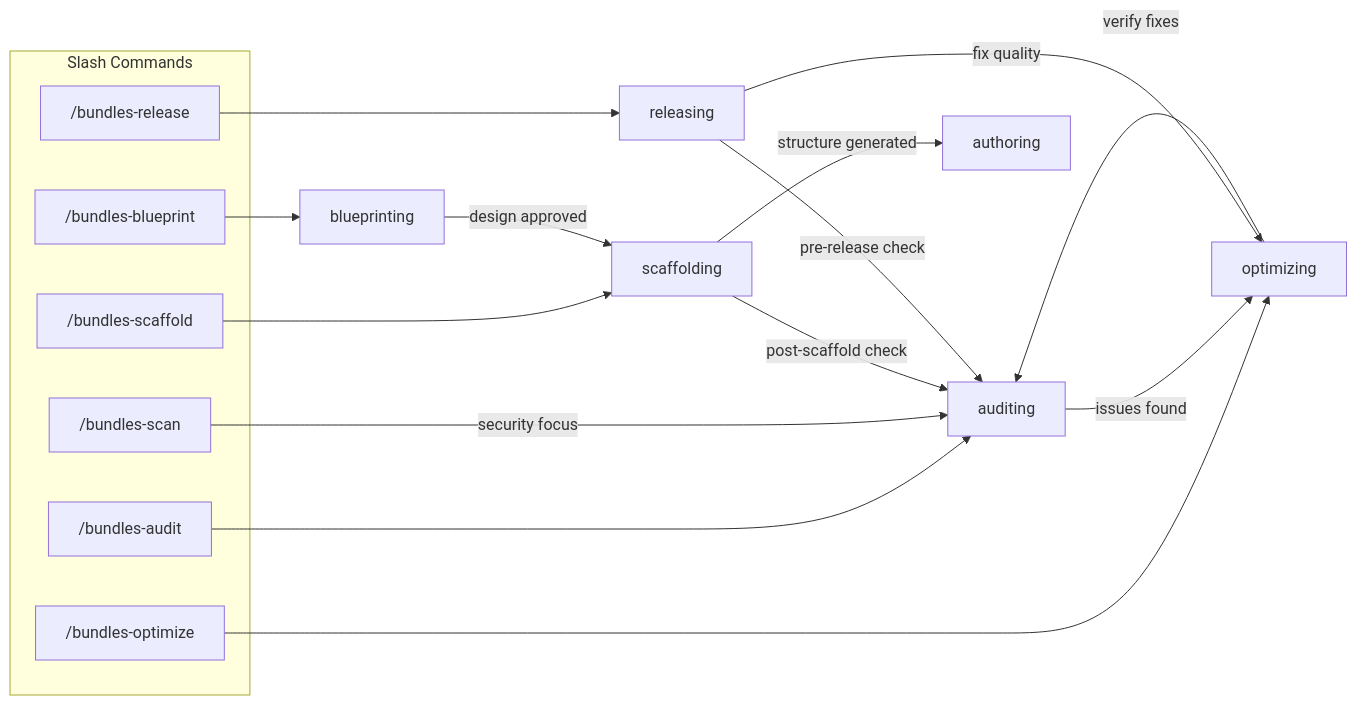
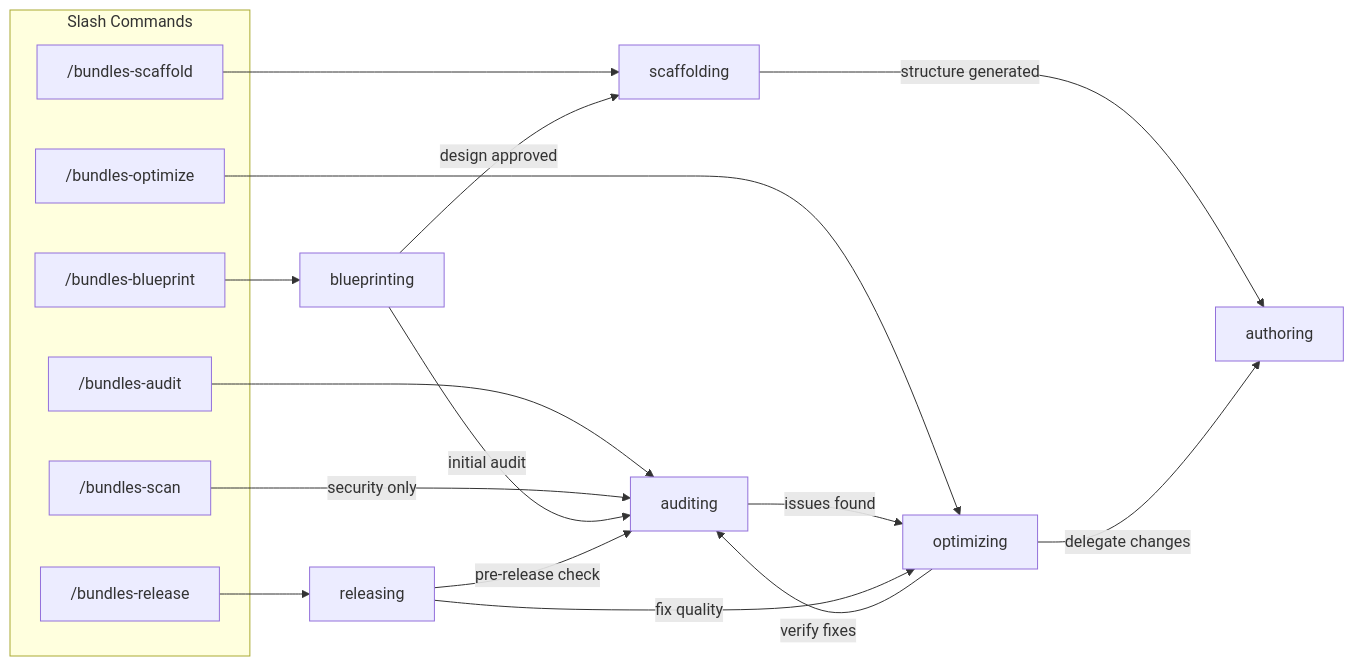
One commit to OdradekAI/skill-engineering-guide changed the third of 3 diagrams in README.md. Above: the diagram before and after it, drawn with Mermaid. The commit also changed other lines of this file and 1 other file, not shown here.

````diff
--- a/README.md
+++ b/README.md
@@ -184,26 +185,27 @@
 ```mermaid
 flowchart LR
     subgraph commands [Slash Commands]
         CMD_BP["/bundles-blueprint"]
         CMD_SF["/bundles-scaffold"]
         CMD_AU["/bundles-audit"]
         CMD_OP["/bundles-optimize"]
         CMD_RE["/bundles-release"]
         CMD_SC["/bundles-scan"]
     end
 
     CMD_BP --> blueprinting
     CMD_SF --> scaffolding
     CMD_AU --> auditing
     CMD_OP --> optimizing
     CMD_RE --> releasing
-    CMD_SC -->|"security focus"| auditing
+    CMD_SC -->|"security only"| auditing
 
     blueprinting -->|"design approved"| scaffolding
+    blueprinting -->|"initial audit"| auditing
     scaffolding -->|"structure generated"| authoring
-    scaffolding -->|"post-scaffold check"| auditing
     auditing -->|"issues found"| optimizing
+    optimizing -->|"delegate changes"| authoring
     optimizing -->|"verify fixes"| auditing
     releasing -->|"pre-release check"| auditing
     releasing -->|"fix quality"| optimizing
 ```
````
